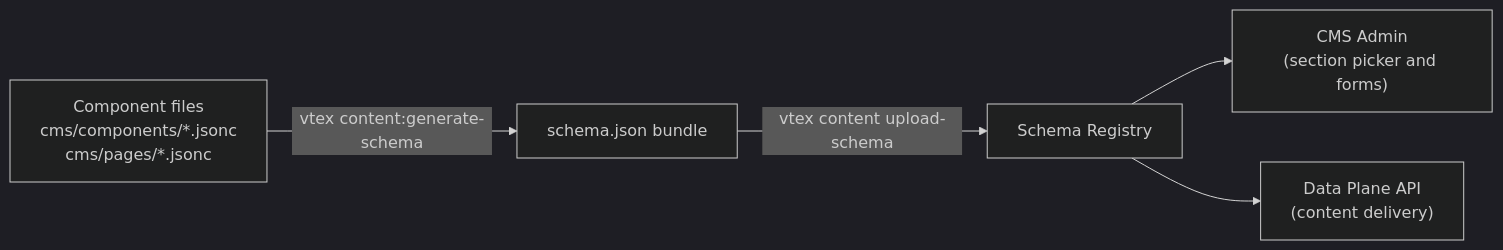
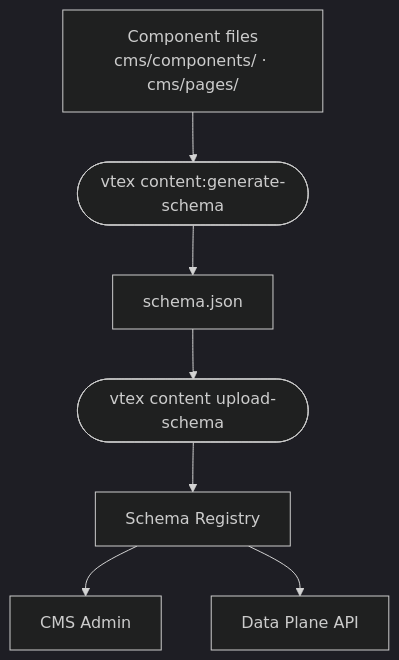
Before and after one commit to vtexdocs/dev-portal-content: the diagram in docs/guides/CMS/Integrations/headless/defining-components.md, drawn with Mermaid (dark theme).

Commit message:
chore(defining-components.md): update flowchart structure

````diff
--- a/docs/guides/CMS/Integrations/headless/defining-components.md
+++ b/docs/guides/CMS/Integrations/headless/defining-components.md
@@ -18,7 +18,13 @@
 ```mermaid
-flowchart LR
-    A["Component files\ncms/components/*.jsonc\ncms/pages/*.jsonc"] -->|"vtex content:generate-schema"| B["schema.json bundle"]
-    B -->|"vtex content upload-schema"| C["Schema Registry"]
-    C --> D["CMS Admin\n(section picker and forms)"]
-    C --> E["Data Plane API\n(content delivery)"]
+flowchart TD
+    A["Component files\ncms/components/ · cms/pages/"]
+    B(["vtex content:generate-schema"])
+    C["schema.json"]
+    D(["vtex content upload-schema"])
+    E["Schema Registry"]
+    F["CMS Admin"]
+    G["Data Plane API"]
+
+    A --> B --> C --> D --> E --> F
+    E --> G
 ```
````
